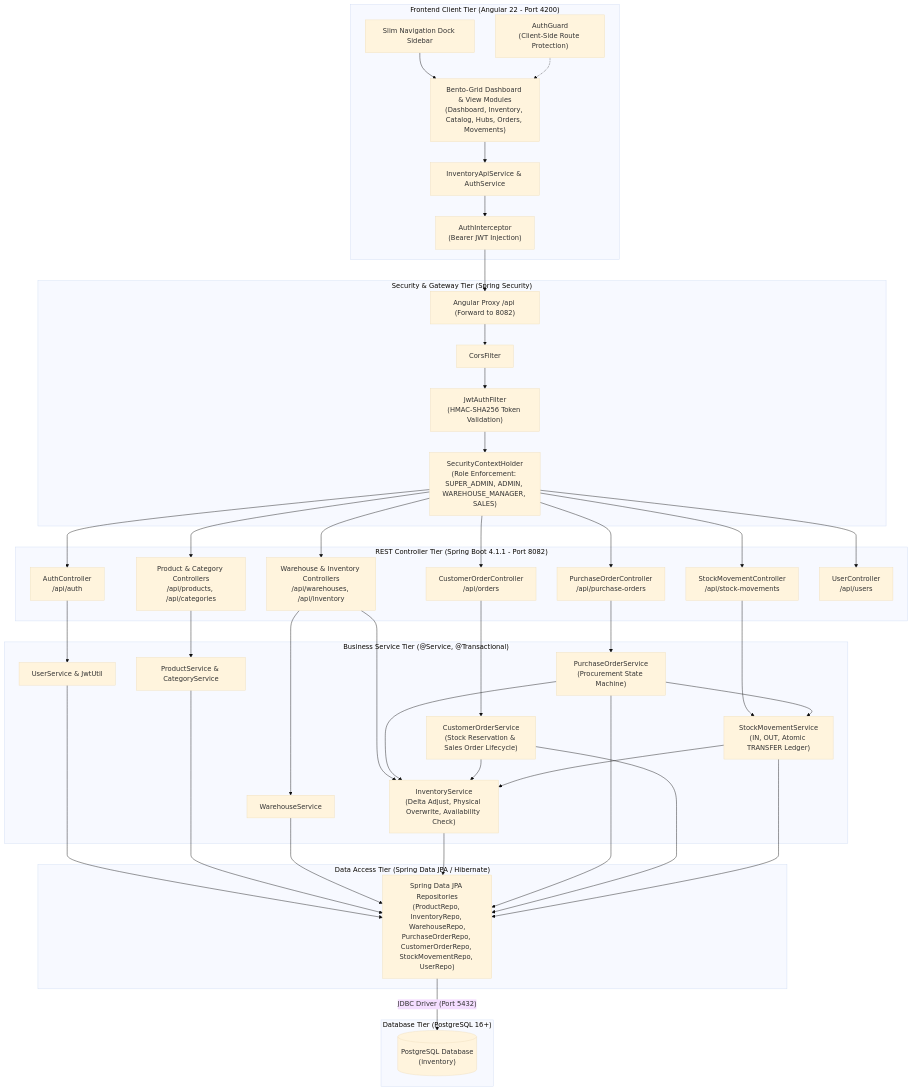
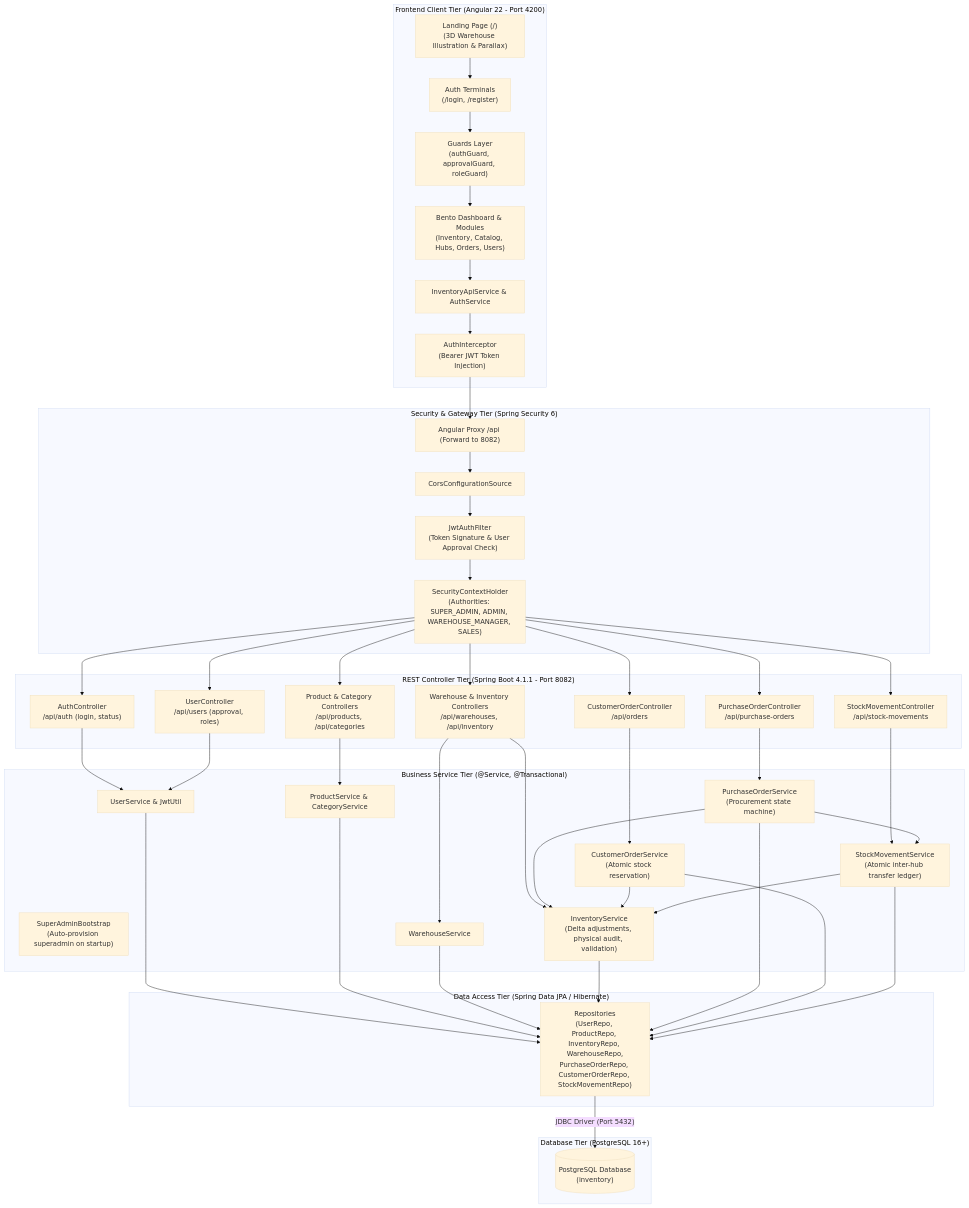
Before and after one commit to itsam-13/RIMS: the first of 7 diagrams in README.md, drawn with Mermaid (base theme). The commit also changed other lines of this file, not shown here.

Commit message:
docs: update README with new visual design, architecture, and features

````diff
--- a/README.md
+++ b/README.md
@@ -86,66 +105,70 @@
 ```mermaid
 flowchart TD
     subgraph ClientTier["Frontend Client Tier (Angular 22 - Port 4200)"]
-        UI["Bento-Grid Dashboard & View Modules\n(Dashboard, Inventory, Catalog, Hubs, Orders, Movements)"]
-        Dock["Slim Navigation Dock Sidebar"]
-        AuthG["AuthGuard\n(Client-Side Route Protection)"]
-        Interceptor["AuthInterceptor\n(Bearer JWT Injection)"]
+        Landing["Landing Page (/)\n(3D Warehouse Illustration & Parallax)"]
+        AuthViews["Auth Terminals\n(/login, /register)"]
+        Dashboard["Bento Dashboard & Modules\n(Inventory, Catalog, Hubs, Orders, Users)"]
+        Guards["Guards Layer\n(authGuard, approvalGuard, roleGuard)"]
+        Interceptor["AuthInterceptor\n(Bearer JWT Token Injection)"]
         APISvc["InventoryApiService & AuthService"]
         
-        Dock --> UI
-        AuthG -.-> UI
-        UI --> APISvc
+        Landing --> AuthViews
+        AuthViews --> Guards
+        Guards --> Dashboard
+        Dashboard --> APISvc
         APISvc --> Interceptor
     end
 
-    subgraph SecurityTier["Security & Gateway Tier (Spring Security)"]
+    subgraph SecurityTier["Security & Gateway Tier (Spring Security 6)"]
         Proxy["Angular Proxy /api (Forward to 8082)"]
-        CORS["CorsFilter"]
-        JWTFilter["JwtAuthFilter\n(HMAC-SHA256 Token Validation)"]
-        SecCtx["SecurityContextHolder\n(Role Enforcement: SUPER_ADMIN, ADMIN, WAREHOUSE_MANAGER, SALES)"]
+        CORS["CorsConfigurationSource"]
+        JWTFilter["JwtAuthFilter\n(Token Signature & User Approval Check)"]
+        SecCtx["SecurityContextHolder\n(Authorities: SUPER_ADMIN, ADMIN, WAREHOUSE_MANAGER, SALES)"]
         
         Interceptor --> Proxy
         Proxy --> CORS
         CORS --> JWTFilter
         JWTFilter --> SecCtx
     end
 
     subgraph ControllerTier["REST Controller Tier (Spring Boot 4.1.1 - Port 8082)"]
-        SecCtx --> AuthCtrl["AuthController\n/api/auth"]
+        SecCtx --> AuthCtrl["AuthController\n/api/auth (login, status)"]
+        SecCtx --> UserCtrl["UserController\n/api/users (approval, roles)"]
         SecCtx --> ProdCtrl["Product & Category Controllers\n/api/products, /api/categories"]
         SecCtx --> WhCtrl["Warehouse & Inventory Controllers\n/api/warehouses, /api/inventory"]
         SecCtx --> POCtrl["PurchaseOrderController\n/api/purchase-orders"]
         SecCtx --> CustCtrl["CustomerOrderController\n/api/orders"]
         SecCtx --> MvmtCtrl["StockMovementController\n/api/stock-movements"]
-        SecCtx --> UserCtrl["UserController\n/api/users"]
     end
 
     subgraph ServiceTier["Business Service Tier (@Service, @Transactional)"]
+        Bootstrap["SuperAdminBootstrap\n(Auto-provision superadmin on startup)"]
         AuthCtrl --> UserSvc["UserService & JwtUtil"]
+        UserCtrl --> UserSvc
         ProdCtrl --> ProdSvc["ProductService & CategoryService"]
         WhCtrl --> WhSvc["WarehouseService"]
-        WhCtrl --> InvSvc["InventoryService\n(Delta Adjust, Physical Overwrite, Availability Check)"]
-        POCtrl --> POSvc["PurchaseOrderService\n(Procurement State Machine)"]
-        CustCtrl --> CustSvc["CustomerOrderService\n(Stock Reservation & Sales Order Lifecycle)"]
-        MvmtCtrl --> MvmtSvc["StockMovementService\n(IN, OUT, Atomic TRANSFER Ledger)"]
+        WhCtrl --> InvSvc["InventoryService\n(Delta adjustments, physical audit, validation)"]
+        POCtrl --> POSvc["PurchaseOrderService\n(Procurement state machine)"]
+        CustCtrl --> CustSvc["CustomerOrderService\n(Atomic stock reservation)"]
+        MvmtCtrl --> MvmtSvc["StockMovementService\n(Atomic inter-hub transfer ledger)"]
         
         POSvc --> InvSvc
         POSvc --> MvmtSvc
         CustSvc --> InvSvc
         MvmtSvc --> InvSvc
     end
 
     subgraph PersistenceTier["Data Access Tier (Spring Data JPA / Hibernate)"]
-        UserSvc --> Repos["Spring Data JPA Repositories\n(ProductRepo, InventoryRepo, WarehouseRepo,\nPurchaseOrderRepo, CustomerOrderRepo, StockMovementRepo, UserRepo)"]
+        UserSvc --> Repos["Repositories\n(UserRepo, ProductRepo, InventoryRepo, WarehouseRepo,\nPurchaseOrderRepo, CustomerOrderRepo, StockMovementRepo)"]
         ProdSvc --> Repos
         WhSvc --> Repos
         InvSvc --> Repos
         POSvc --> Repos
         CustSvc --> Repos
         MvmtSvc --> Repos
     end
 
     subgraph DatabaseTier["Database Tier (PostgreSQL 16+)"]
         Repos -->|"JDBC Driver (Port 5432)"| PG[("PostgreSQL Database\n(inventory)")]
     end
 ```
````
